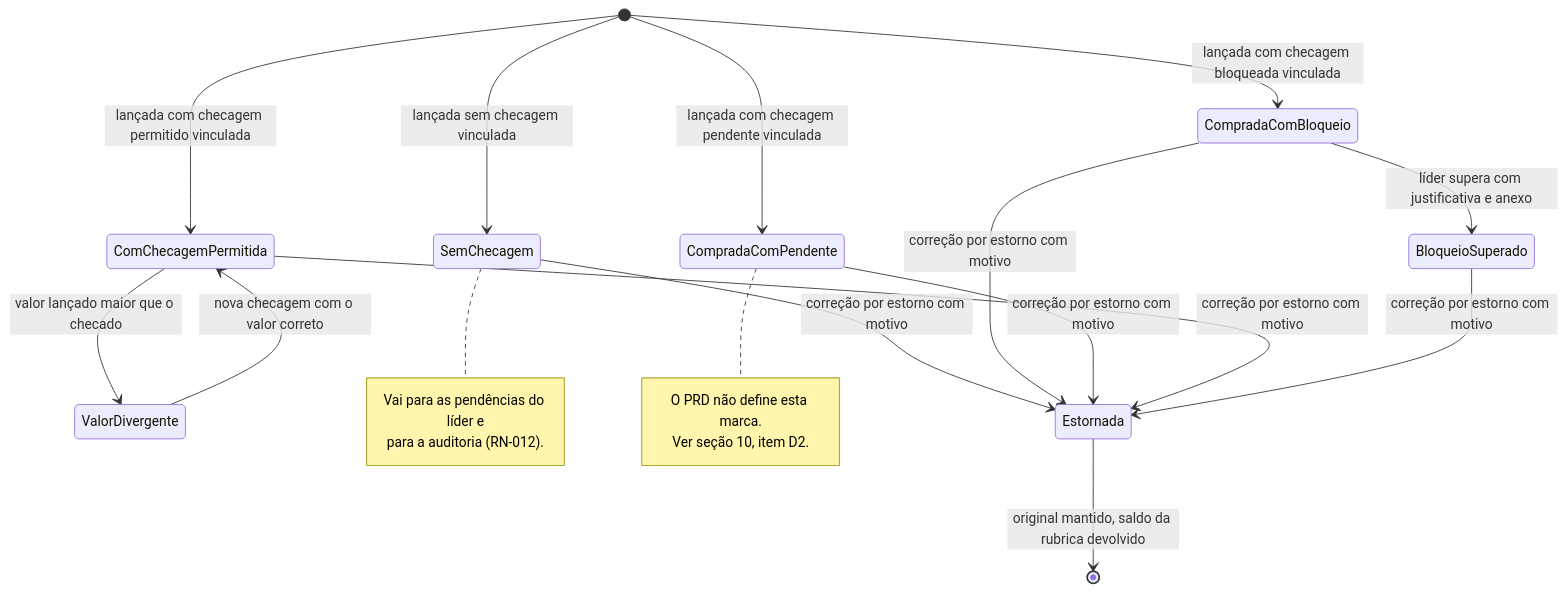
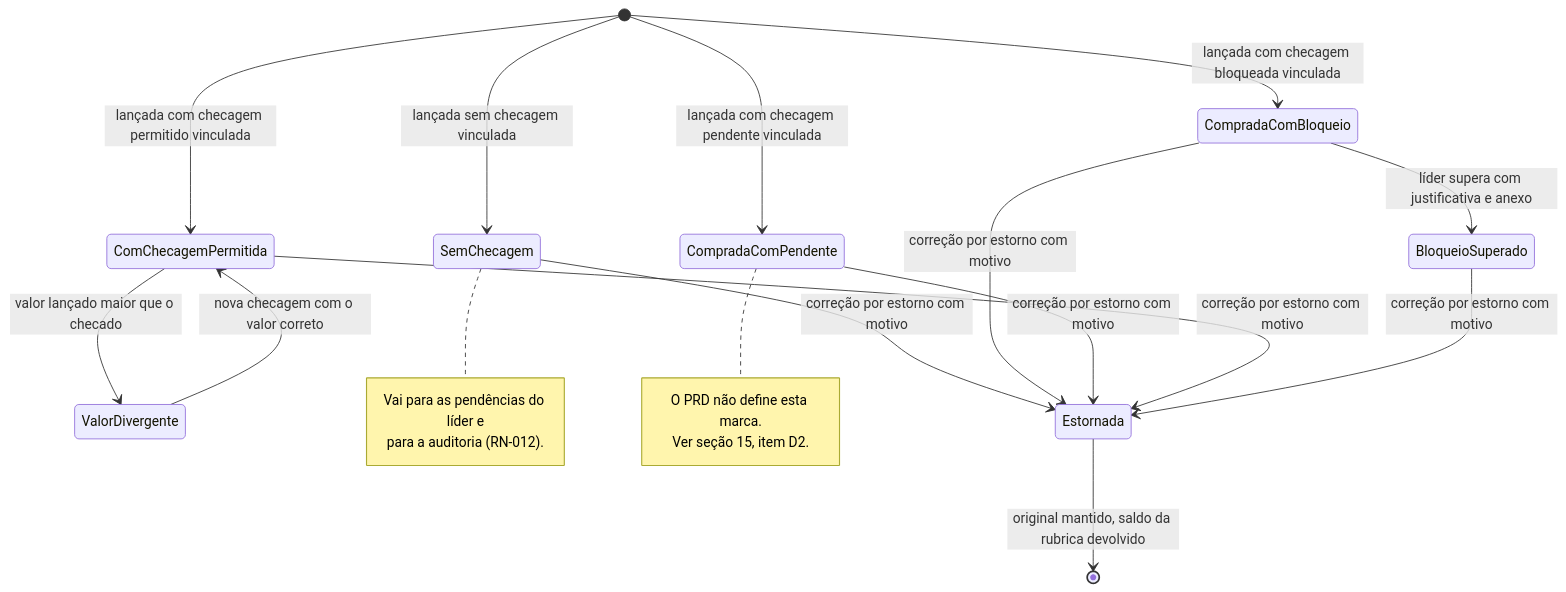
Before and after one commit to Beguelly/gestprojet: the sixth of 22 diagrams in docs/04-workflows.md, drawn with Mermaid. The commit also changed other lines of this file, not shown here.

````diff
--- a/docs/04-workflows.md
+++ b/docs/04-workflows.md
@@ -360,25 +360,25 @@
 ```mermaid
 stateDiagram-v2
     [*] --> ComChecagemPermitida: lançada com checagem permitido vinculada
     [*] --> SemChecagem: lançada sem checagem vinculada
     [*] --> CompradaComBloqueio: lançada com checagem bloqueada vinculada
     [*] --> CompradaComPendente: lançada com checagem pendente vinculada
     CompradaComBloqueio --> BloqueioSuperado: líder supera com justificativa e anexo
     ComChecagemPermitida --> ValorDivergente: valor lançado maior que o checado
     ValorDivergente --> ComChecagemPermitida: nova checagem com o valor correto
     SemChecagem --> Estornada: correção por estorno com motivo
     CompradaComBloqueio --> Estornada: correção por estorno com motivo
     CompradaComPendente --> Estornada: correção por estorno com motivo
     ComChecagemPermitida --> Estornada: correção por estorno com motivo
     BloqueioSuperado --> Estornada: correção por estorno com motivo
     Estornada --> [*]: original mantido, saldo da rubrica devolvido
 
     note right of SemChecagem
         Vai para as pendências do líder e
         para a auditoria (RN-012).
     end note
     note right of CompradaComPendente
         O PRD não define esta marca.
-        Ver seção 10, item D2.
+        Ver seção 15, item D2.
     end note
 ```
````
